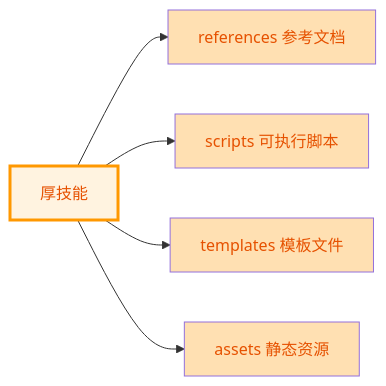
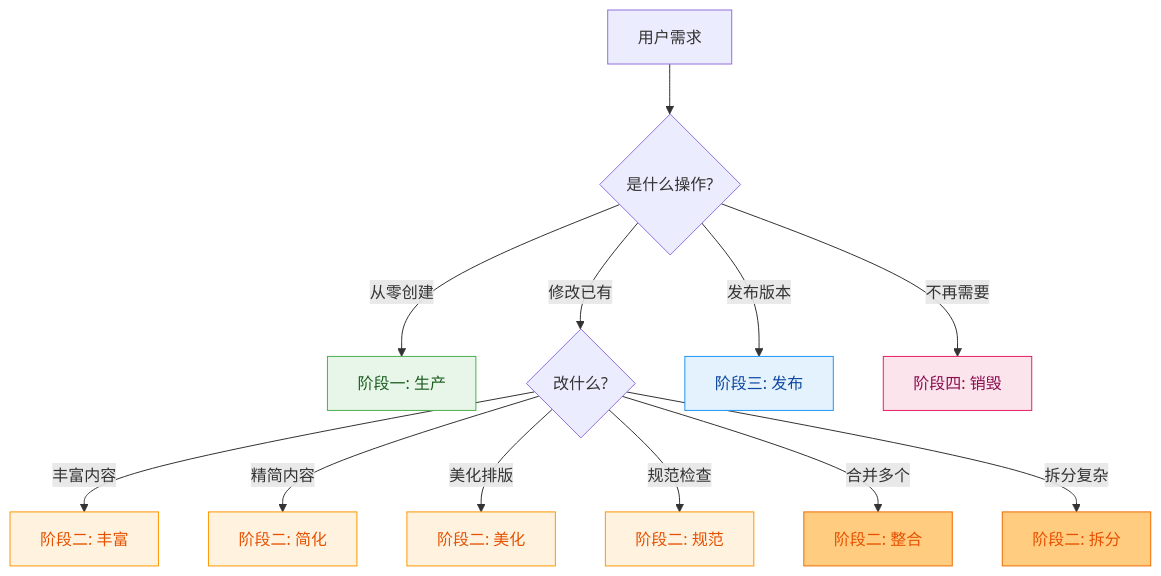
The seventh of 7 diagrams in skill-factory/SKILL.md (morning-start/coze-skills), drawn with Mermaid before and after one commit. The commit also changed other lines of this file and 10 other files, not shown here.

````diff
--- a/skill-factory/SKILL.md
+++ b/skill-factory/SKILL.md
@@ -319,13 +394,26 @@
 ```mermaid
-graph LR
-    A[厚技能] --> B[references 参考文档]
-    A --> C[scripts 可执行脚本]
-    A --> D[templates 模板文件]
-    A --> E[assets 静态资源]
-    
-    style A fill:#fff3e0,stroke:#ff9800,stroke-width:3px,color:#e65100
-    style B fill:#ffe0b2,color:#e65100
-    style C fill:#ffe0b2,color:#e65100
-    style D fill:#ffe0b2,color:#e65100
-    style E fill:#ffe0b2,color:#e65100
+flowchart TD
+    Start[用户需求] --> Q{是什么操作?}
+
+    Q -->|从零创建| P1[阶段一: 生产]
+    Q -->|修改已有| Q2{改什么?}
+    Q -->|发布版本| P3[阶段三: 发布]
+    Q -->|不再需要| P4[阶段四: 销毁]
+
+    Q2 -->|丰富内容| P2E[阶段二: 丰富]
+    Q2 -->|精简内容| P2S[阶段二: 简化]
+    Q2 -->|美化排版| P2B[阶段二: 美化]
+    Q2 -->|规范检查| P2T[阶段二: 规范]
+    Q2 -->|合并多个| P2I[阶段二: 整合]
+    Q2 -->|拆分复杂| P2D[阶段二: 拆分]
+
+    style P1 fill:#e8f5e9,stroke:#4caf50,color:#1b5e20
+    style P2E fill:#fff3e0,stroke:#ff9800,color:#e65100
+    style P2S fill:#fff3e0,stroke:#ff9800,color:#e65100
+    style P2B fill:#fff3e0,stroke:#ff9800,color:#e65100
+    style P2T fill:#fff3e0,stroke:#ff9800,color:#e65100
+    style P2I fill:#ffcc80,stroke:#ef6c00,color:#e65100
+    style P2D fill:#ffcc80,stroke:#ef6c00,color:#e65100
+    style P3 fill:#e3f2fd,stroke:#2196f3,color:#0d47a1
+    style P4 fill:#fce4ec,stroke:#e91e63,color:#880e4f
 ```
````
